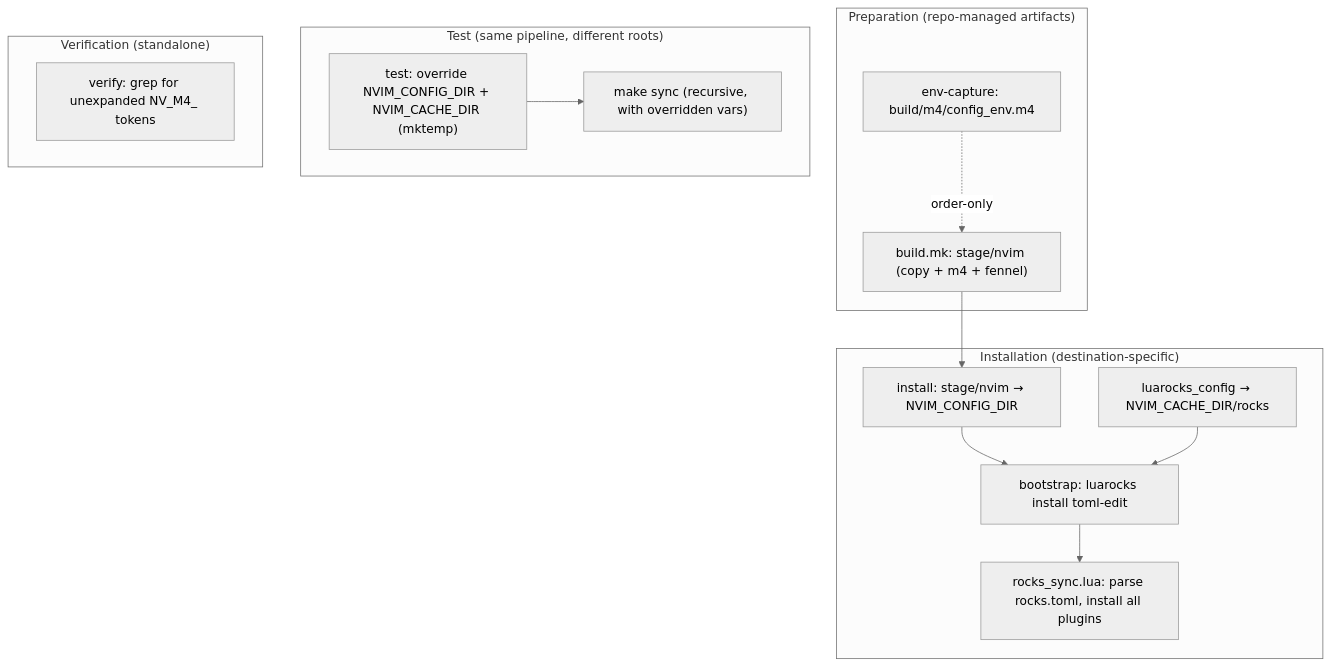
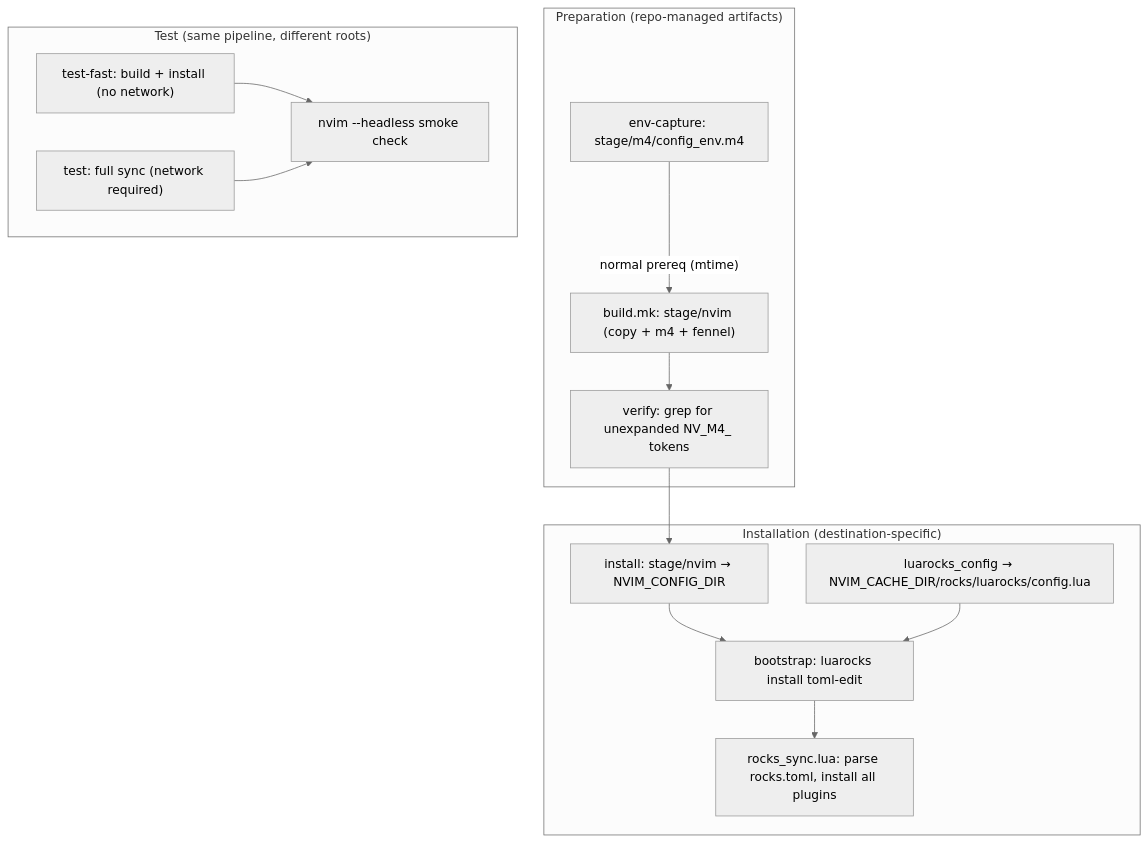
One commit to andrewjstryker/nvim changed the diagram in design.md. Above: the diagram before and after it, drawn with Mermaid (neutral theme). The commit also changed other lines of this file and 20 other files, not shown here.

````diff
--- a/design.md
+++ b/design.md
@@ -427,28 +588,27 @@
 ```mermaid
 flowchart TD
   subgraph Prep["Preparation (repo-managed artifacts)"]
-    E["env-capture: build/m4/config_env.m4"]
-    E -.->|"order-only"| B["build.mk: stage/nvim (copy + m4 + fennel)"]
+    E["env-capture: stage/m4/config_env.m4"]
+    E -->|"normal prereq (mtime)"| B["build.mk: stage/nvim (copy + m4 + fennel)"]
+    B --> V["verify: grep for unexpanded NV_M4_ tokens"]
   end
 
   subgraph Install["Installation (destination-specific)"]
     I["install: stage/nvim → NVIM_CONFIG_DIR"]
-    LR["luarocks_config → NVIM_CACHE_DIR/rocks"]
+    LR["luarocks_config → NVIM_CACHE_DIR/rocks/luarocks/config.lua"]
     BT["bootstrap: luarocks install toml-edit"]
     SY["rocks_sync.lua: parse rocks.toml, install all plugins"]
     I --> BT
     LR --> BT
     BT --> SY
   end
 
-  B --> I
+  V --> I
 
   subgraph Test["Test (same pipeline, different roots)"]
-    T["test: override NVIM_CONFIG_DIR + NVIM_CACHE_DIR (mktemp)"]
-    T --> T2["make sync (recursive, with overridden vars)"]
-  end
-
-  subgraph Verify["Verification (standalone)"]
-    V["verify: grep for unexpanded NV_M4_ tokens"]
+    TF["test-fast: build + install (no network)"]
+    T["test: full sync (network required)"]
+    TF --> TS["nvim --headless smoke check"]
+    T --> TS
   end
 ```
````
